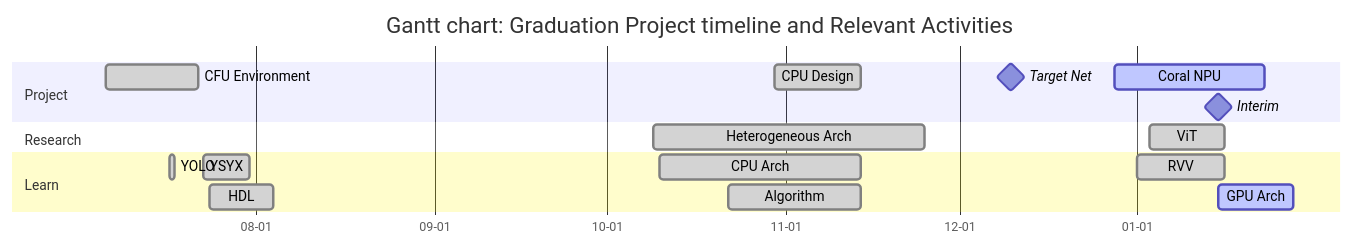
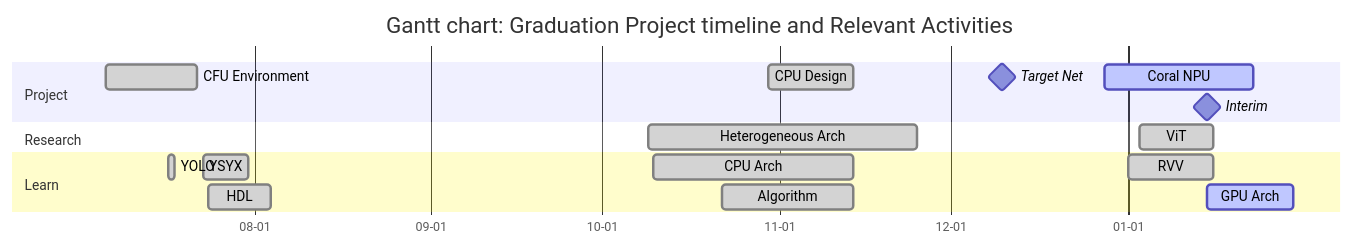
Before and after one commit to Marcobisky/Marcobisky.github.io: the first of 3 diagrams in tinyml/index.qmd, drawn with Mermaid. The commit also changed other lines of this file and 5 other files, not shown here.

````diff
--- a/tinyml/index.qmd
+++ b/tinyml/index.qmd
@@ -48,36 +48,36 @@
 ```{mermaid}
 ---
 displayMode: compact
 ---
 %%| label: fig-graduation-timeline
 %%| fig-cap: "Gantt Chart"
 %%| fig-width: 10
 %%| fig-height: 6
 
 gantt
     title Gantt chart: Graduation Project timeline and Relevant Activities
     dateFormat  YYYY-MM-DD
     axisFormat  %m-%d
     tickInterval 14d
 
     section Project
         CFU Environment :done, 2025-07-06, 2025-07-22
         CPU Design :done, 2025-10-30, 2025-11-14
         Target Net :milestone, 2025-12-10, 0d
         Coral NPU :active, 2025-12-28, 2026-01-23
         Interim :milestone, 2026-01-15, 0d
 
     section Research
         Heterogeneous Arch :done, 2025-10-09, 2025-11-25
         ViT :done, 2026-01-03, 2026-01-16
 
     section Learn
         YSYX :done, 2025-07-23, 2025-07-31
         HDL :done, 2025-07-24, 2025-08-04
         YOLO :done, 2025-07-17, 1d
         CPU Arch :done, 2025-10-10, 2025-11-14
         Algorithm :done, 2025-10-22, 2025-11-14
         RVV :done, 2026-01-01, 2026-01-16
-        GPU Arch :active, 2026-01-15, 2026-01-28
+        GPU Arch :active, 2026-01-15, 2026-01-30
 
 ```
````
